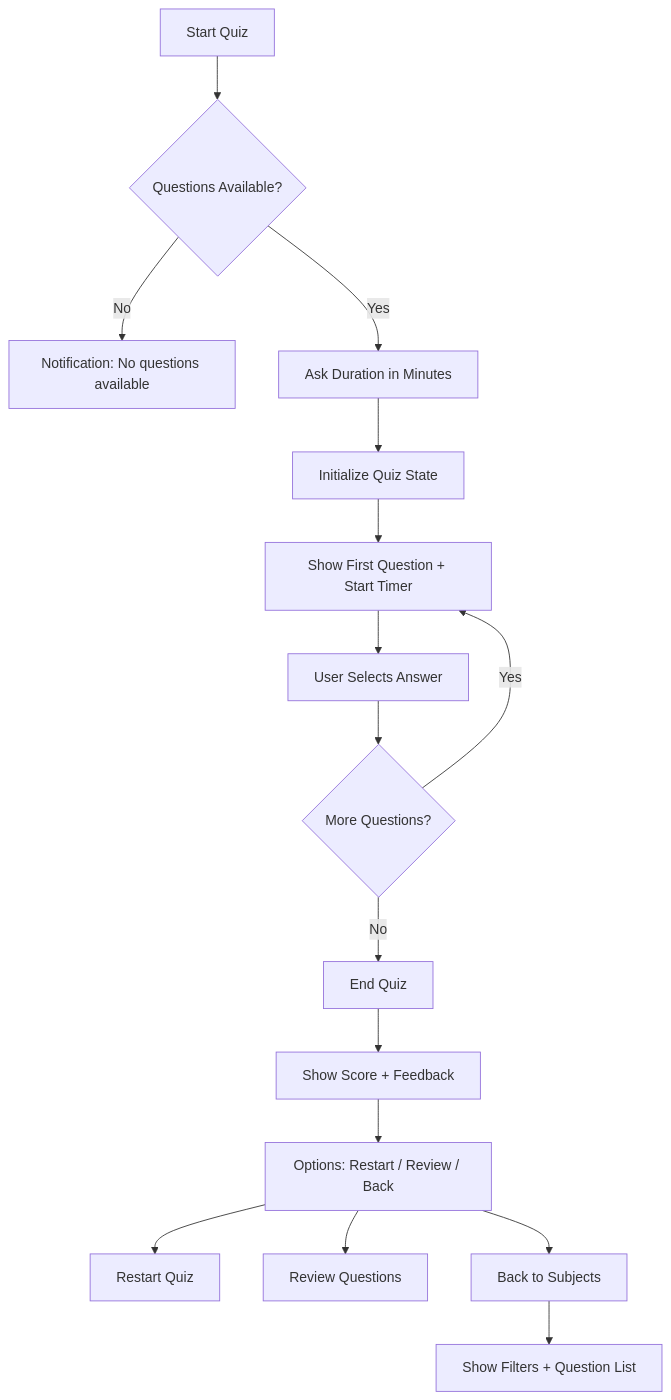
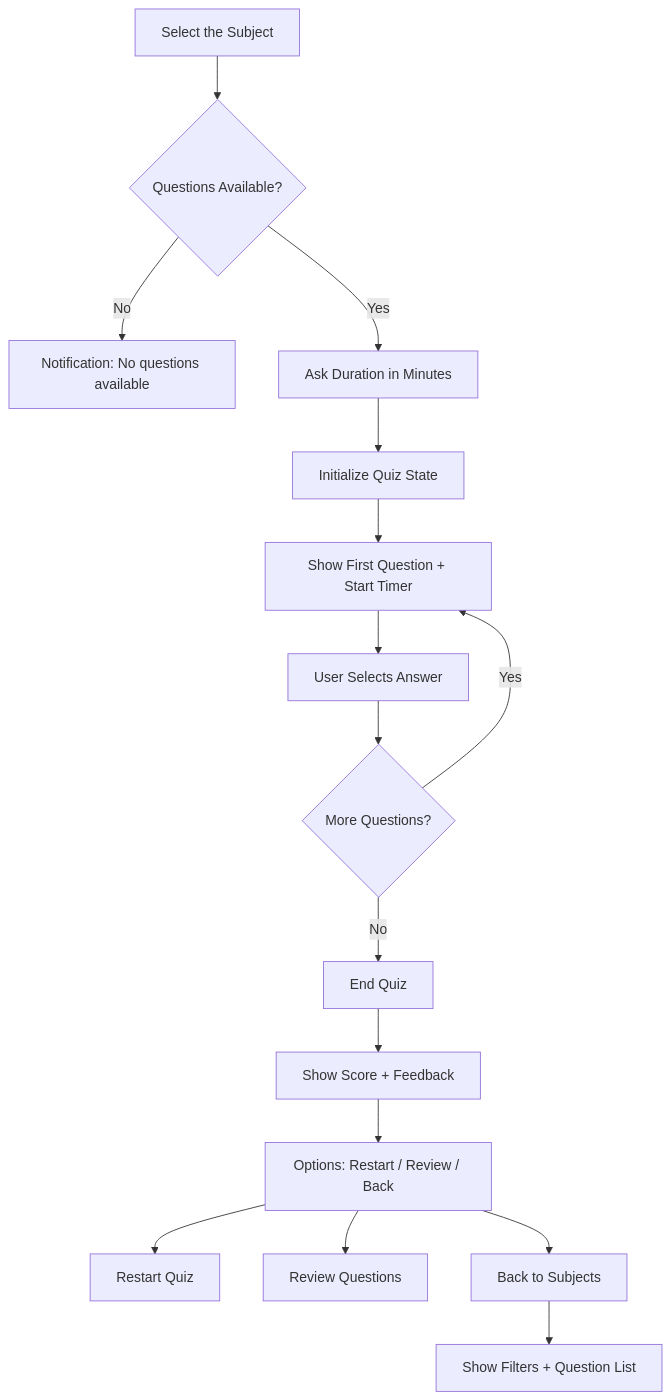
Before and after one commit to Yash-530/SSC-CGL-QUESTION-BANK: the diagram in README.md, drawn with Mermaid.

````diff
--- a/README.md
+++ b/README.md
@@ -58,22 +58,22 @@
 ```mermaid
 flowchart TD
 
-    A[Start Quiz] --> B{Questions Available?}
+    A[Select the Subject] --> B{Questions Available?}
     B -- No --> C[Notification: No questions available]
     B -- Yes --> D[Ask Duration in Minutes]
     D --> E[Initialize Quiz State]
     E --> F[Show First Question + Start Timer]
 
     F --> G[User Selects Answer]
     G --> H{More Questions?}
     H -- Yes --> F
     H -- No --> I[End Quiz]
 
     I --> J[Show Score + Feedback]
     J --> K[Options: Restart / Review / Back]
     K --> L[Restart Quiz]
     K --> M[Review Questions]
     K --> N[Back to Subjects]
     N --> O[Show Filters + Question List]
 
  ```
````
